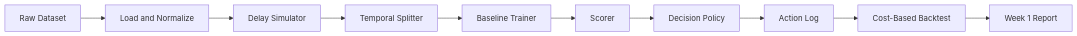
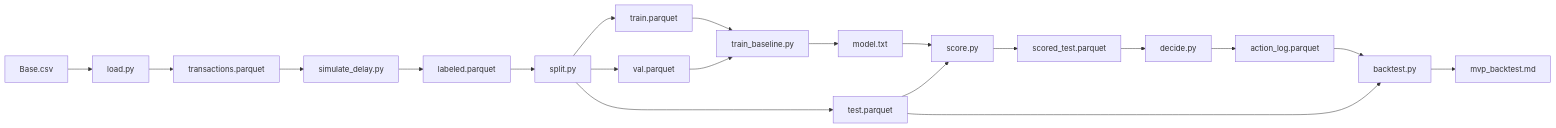
Before and after one commit to kira-ml/delayed-label-fraud-decisioning: the diagram in README.md, drawn with Mermaid. The commit also changed other lines of this file, not shown here.

First line of the commit message:
docs: rewrite README to reflect built MVP

````diff
--- a/README.md
+++ b/README.md
@@ -72,12 +173,22 @@
 ```mermaid
 flowchart LR
-    A[Raw Dataset] --> B[Load and Normalize]
-    B --> C[Delay Simulator]
-    C --> D[Temporal Splitter]
-    D --> E[Baseline Trainer]
-    E --> F[Scorer]
-    F --> G[Decision Policy]
-    G --> H[Action Log]
-    H --> I[Cost-Based Backtest]
-    I --> J[Week 1 Report]
+    A[Base.csv] --> B[load.py]
+    B --> C[transactions.parquet]
+    C --> D[simulate_delay.py]
+    D --> E[labeled.parquet]
+    E --> F[split.py]
+    F --> G[train.parquet]
+    F --> H[val.parquet]
+    F --> I[test.parquet]
+    G --> J[train_baseline.py]
+    H --> J
+    J --> K[model.txt]
+    I --> L[score.py]
+    K --> L
+    L --> M[scored_test.parquet]
+    M --> N[decide.py]
+    N --> O[action_log.parquet]
+    O --> P[backtest.py]
+    I --> P
+    P --> Q[mvp_backtest.md]
 ```
````
